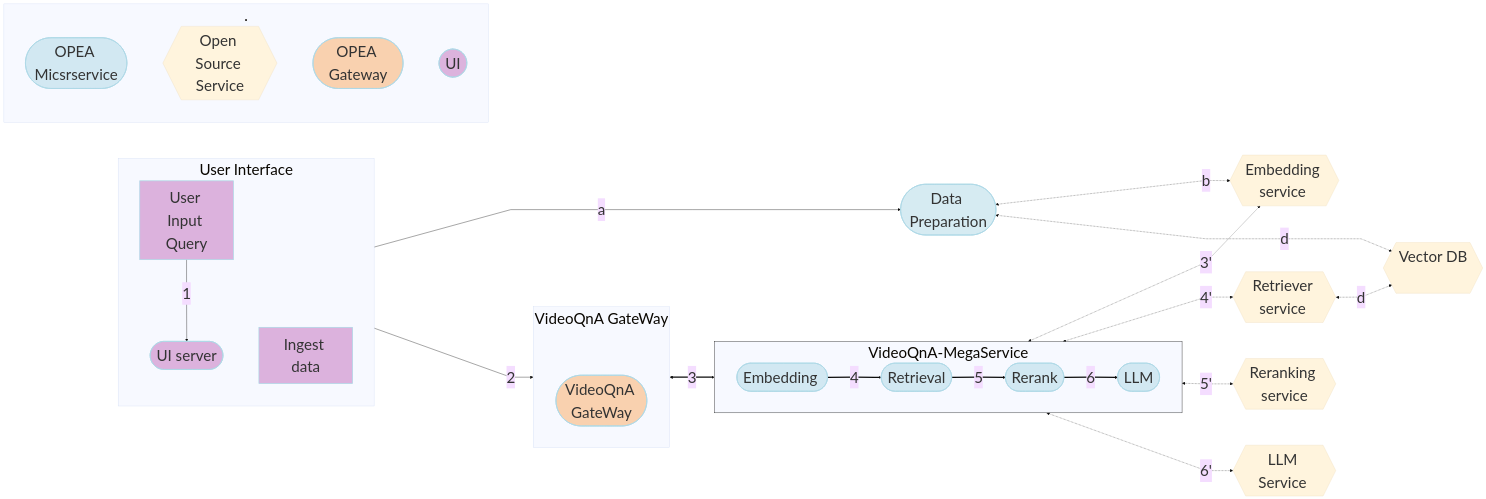
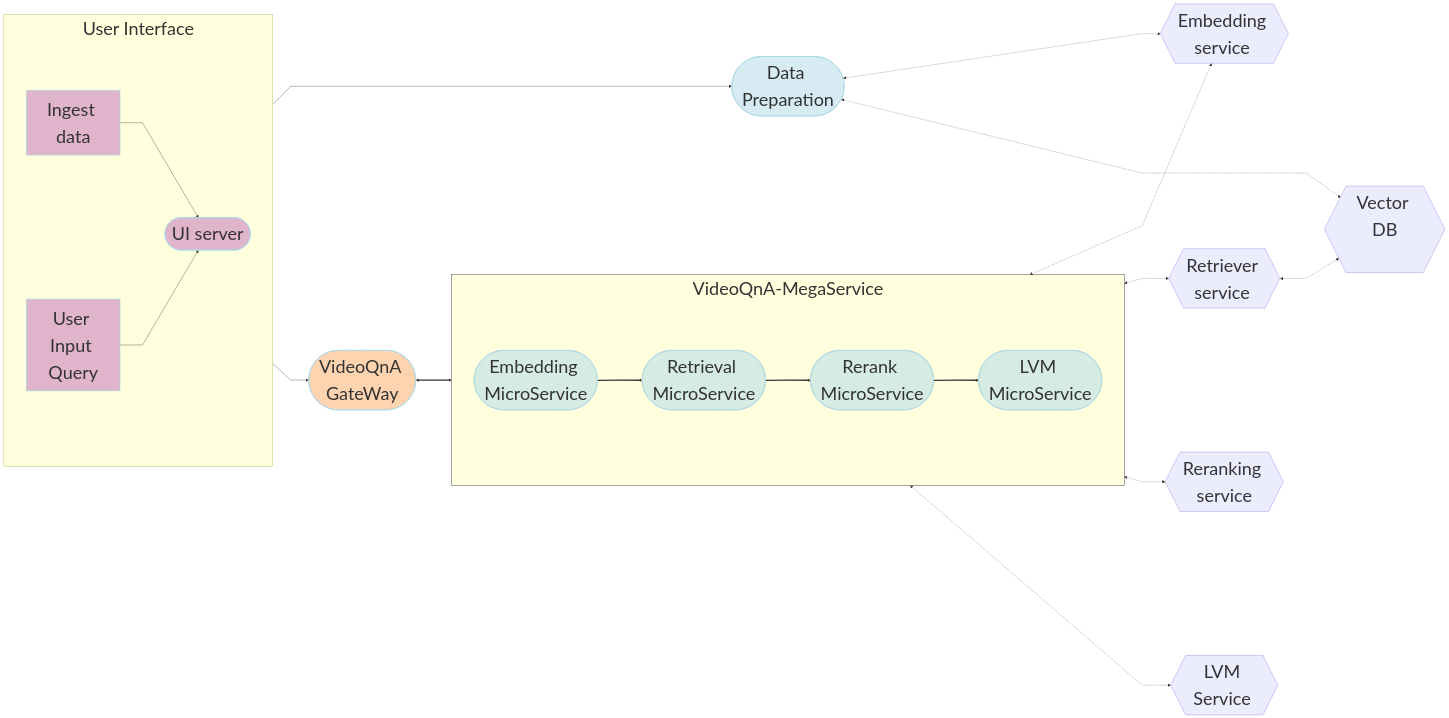
The diagram in VideoQnA/README.md (opea-project/GenAIExamples), drawn with Mermaid before and after one commit.

Commit message:
Update VideoQnA README.md for workflow

````diff
--- a/VideoQnA/README.md
+++ b/VideoQnA/README.md
@@ -7,80 +7,70 @@
 ```mermaid
 ---
 config:
   flowchart:
-    nodeSpacing: 100
+    nodeSpacing: 400
     rankSpacing: 100
     curve: linear
-  theme: base
   themeVariables:
-    fontSize: 42px
+    fontSize: 50px
 ---
 flowchart LR
     %% Colors %%
     classDef blue fill:#ADD8E6,stroke:#ADD8E6,stroke-width:2px,fill-opacity:0.5
     classDef orange fill:#FBAA60,stroke:#ADD8E6,stroke-width:2px,fill-opacity:0.5
     classDef orchid fill:#C26DBC,stroke:#ADD8E6,stroke-width:2px,fill-opacity:0.5
     classDef invisible fill:transparent,stroke:transparent;
     style VideoQnA-MegaService stroke:#000000
     %% Subgraphs %%
     subgraph VideoQnA-MegaService["VideoQnA-MegaService"]
         direction LR
-        EM([Embedding <br>]):::blue
-        RET([Retrieval <br>]):::blue
-        RER([Rerank <br>]):::blue
-        LLM([LLM <br>]):::blue
+        EM([Embedding MicroService]):::blue
+        RET([Retrieval MicroService]):::blue
+        RER([Rerank MicroService]):::blue
+        LVM([LVM MicroService]):::blue
     end
     subgraph User Interface
-        direction TB
+        direction LR
         a([User Input Query]):::orchid
         UI([UI server<br>]):::orchid
         Ingest([Ingest<br>]):::orchid
-    end
-    subgraph VideoQnA GateWay
-        direction LR
-        invisible1[ ]:::invisible
-        GW([VideoQnA GateWay<br>]):::orange
-    end
-    subgraph .
-        X([OPEA Micsrservice]):::blue
-        Y{{Open Source Service}}
-        Z([OPEA Gateway]):::orange
-        Z1([UI]):::orchid
     end
 
     LOCAL_RER{{Reranking service<br>}}
     CLIP_EM{{Embedding service <br>}}
     VDB{{Vector DB<br><br>}}
     V_RET{{Retriever service <br>}}
     Ingest{{Ingest data <br>}}
     DP([Data Preparation<br>]):::blue
-    LVM_gen{{LLM Service <br>}}
+    LVM_gen{{LVM Service <br>}}
+    GW([VideoQnA GateWay<br>]):::orange
 
     %% Data Preparation flow
     %% Ingest data flow
     direction LR
-    Ingest[Ingest data] -->|a| DP
-    DP <-.->|b| CLIP_EM
+    Ingest[Ingest data] --> UI
+    UI --> DP
+    DP <-.-> CLIP_EM
 
     %% Questions interaction
     direction LR
-    a[User Input Query] -->|1| UI
-    UI -->|2| GW
-    GW <==>|3| VideoQnA-MegaService
-    EM ==>|4| RET
-    RET ==>|5| RER
-    RER ==>|6| LLM
+    a[User Input Query] --> UI
+    UI --> GW
+    GW <==> VideoQnA-MegaService
+    EM ==> RET
+    RET ==> RER
+    RER ==> LVM
 
 
     %% Embedding service flow
-    direction TB
-    EM <-.->|3'| CLIP_EM
-    RET <-.->|4'| V_RET
-    RER <-.->|5'| LOCAL_RER
-    LLM <-.->|6'| LVM_gen
+    direction LR
+    EM <-.-> CLIP_EM
+    RET <-.-> V_RET
+    RER <-.-> LOCAL_RER
+    LVM <-.-> LVM_gen
 
     direction TB
     %% Vector DB interaction
-    V_RET <-.->|d|VDB
-    DP <-.->|d|VDB
+    V_RET <-.->VDB
+    DP <-.->VDB
 ```
````
